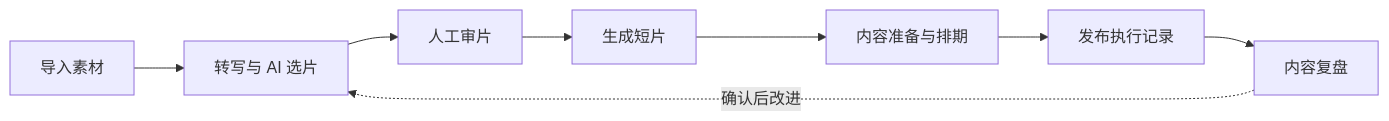
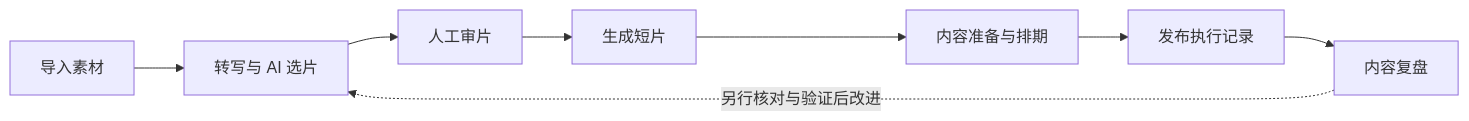
The diagram in README.md (damingishere-coder/Ai-Clip-Workflow), drawn with Mermaid before and after one commit. The commit also changed other lines of this file and 21 other files, not shown here.

````diff
--- a/README.md
+++ b/README.md
@@ -31,10 +31,10 @@
 ```mermaid
 flowchart LR
     A[导入素材] --> B[转写与 AI 选片]
     B --> C[人工审片]
     C --> D[生成短片]
     D --> E[内容准备与排期]
     E --> F[发布执行记录]
     F --> G[内容复盘]
-    G -. 确认后改进 .-> B
+    G -. 另行核对与验证后改进 .-> B
 ```
````
